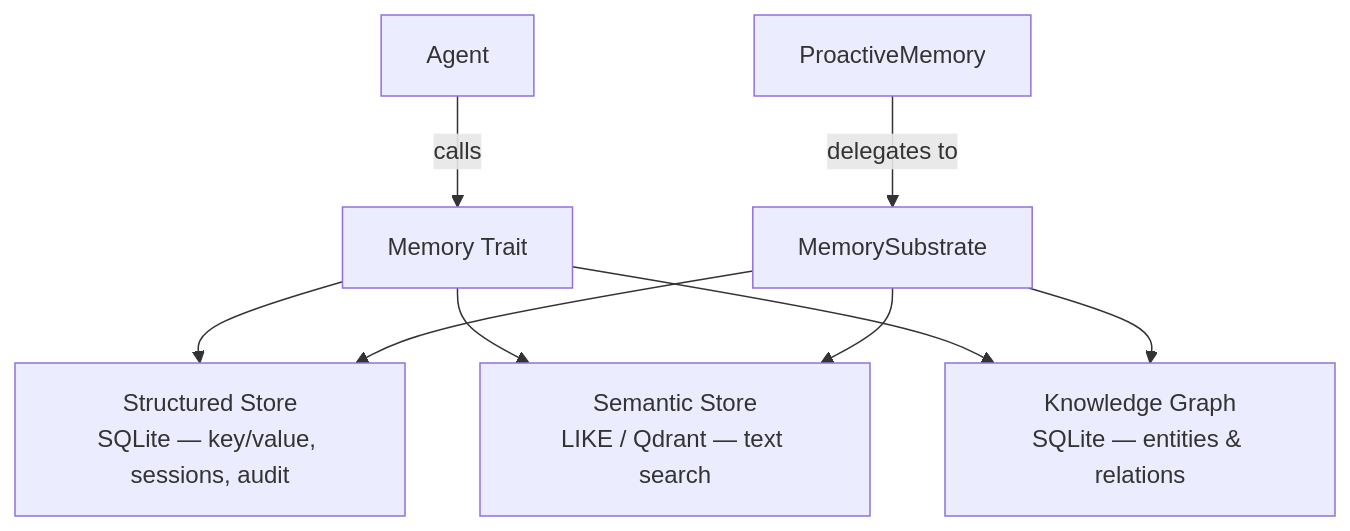
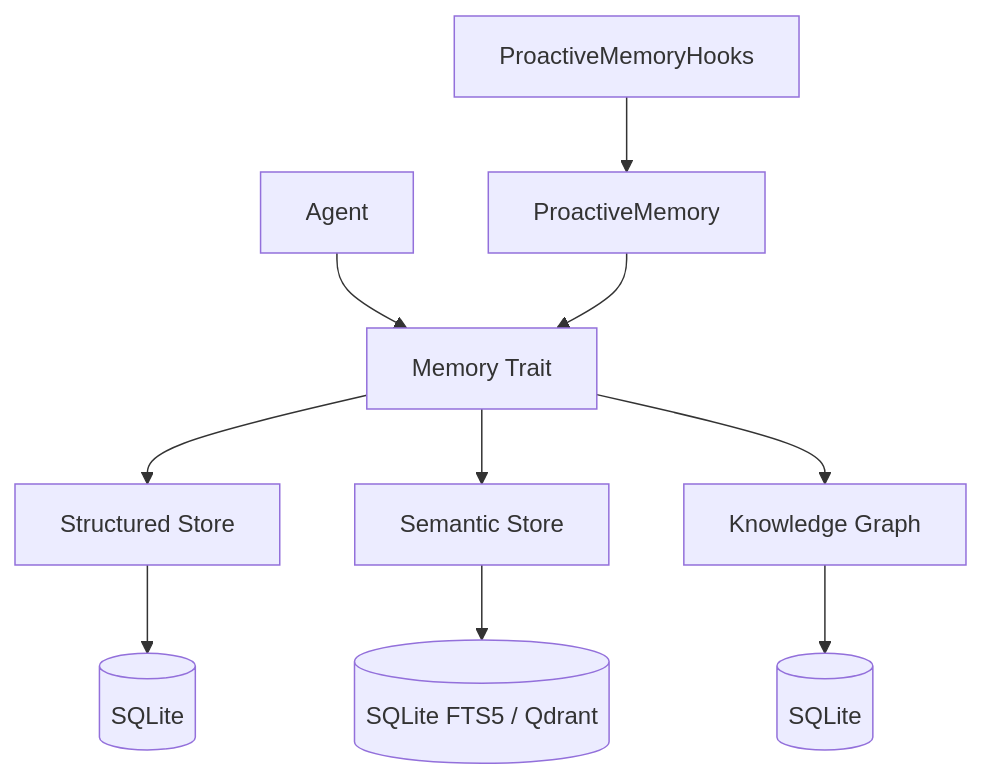
The diagram in other-librefang-memory.md (leszek3737/librefang-WIki), drawn with Mermaid before and after one commit. The commit also changed other lines of this file and 119 other files, not shown here.

````diff
--- a/other-librefang-memory.md
+++ b/other-librefang-memory.md
@@ -9,11 +13,12 @@
 ```mermaid
 graph TD
-    A[Agent] -->|calls| T[Memory Trait]
-    T --> S[Structured Store<br/>SQLite — key/value, sessions, audit]
-    T --> SM[Semantic Store<br/>LIKE / Qdrant — text search]
-    T --> KG[Knowledge Graph<br/>SQLite — entities & relations]
-    P[ProactiveMemory] -->|delegates to| MS[MemorySubstrate]
-    MS --> S
-    MS --> SM
-    MS --> KG
+    A[Agent] --> B[Memory Trait]
+    B --> C[Structured Store]
+    B --> D[Semantic Store]
+    B --> E[Knowledge Graph]
+    C --> F[(SQLite)]
+    D --> G[(SQLite FTS5 / Qdrant)]
+    E --> H[(SQLite)]
+    I[ProactiveMemory] --> B
+    J[ProactiveMemoryHooks] --> I
 ```
````
